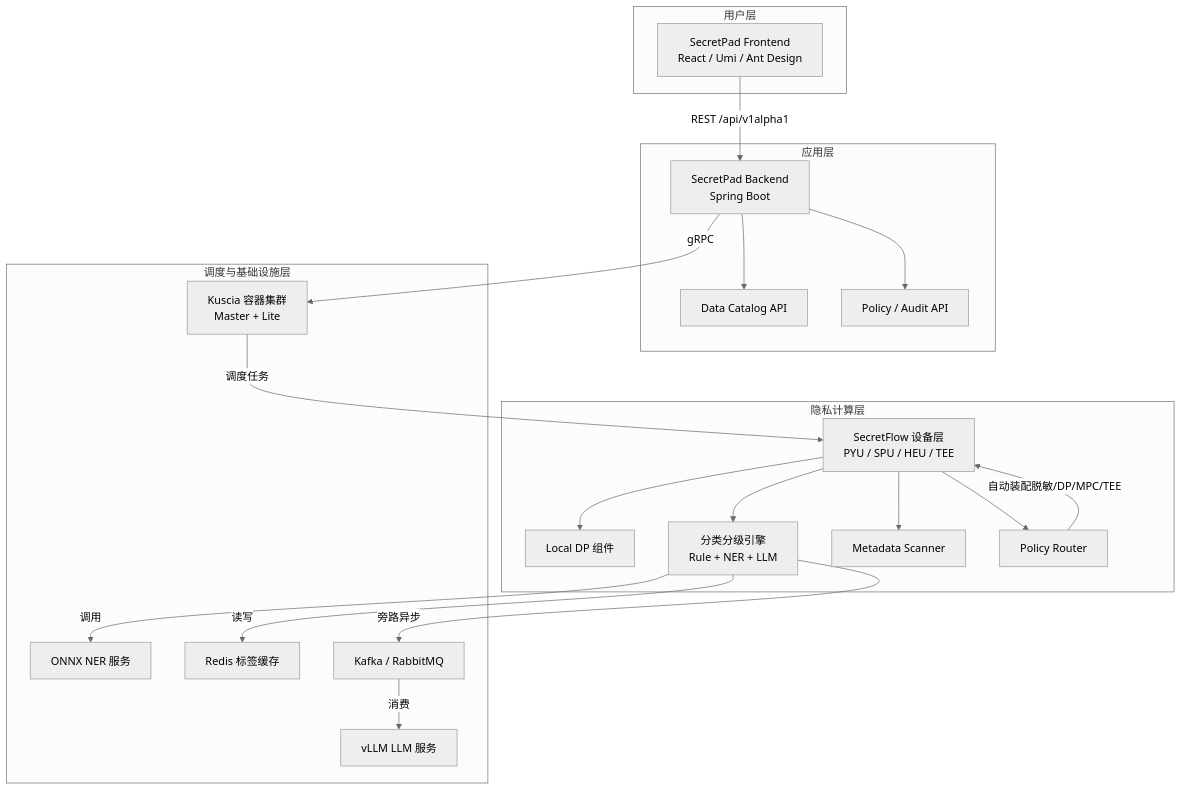
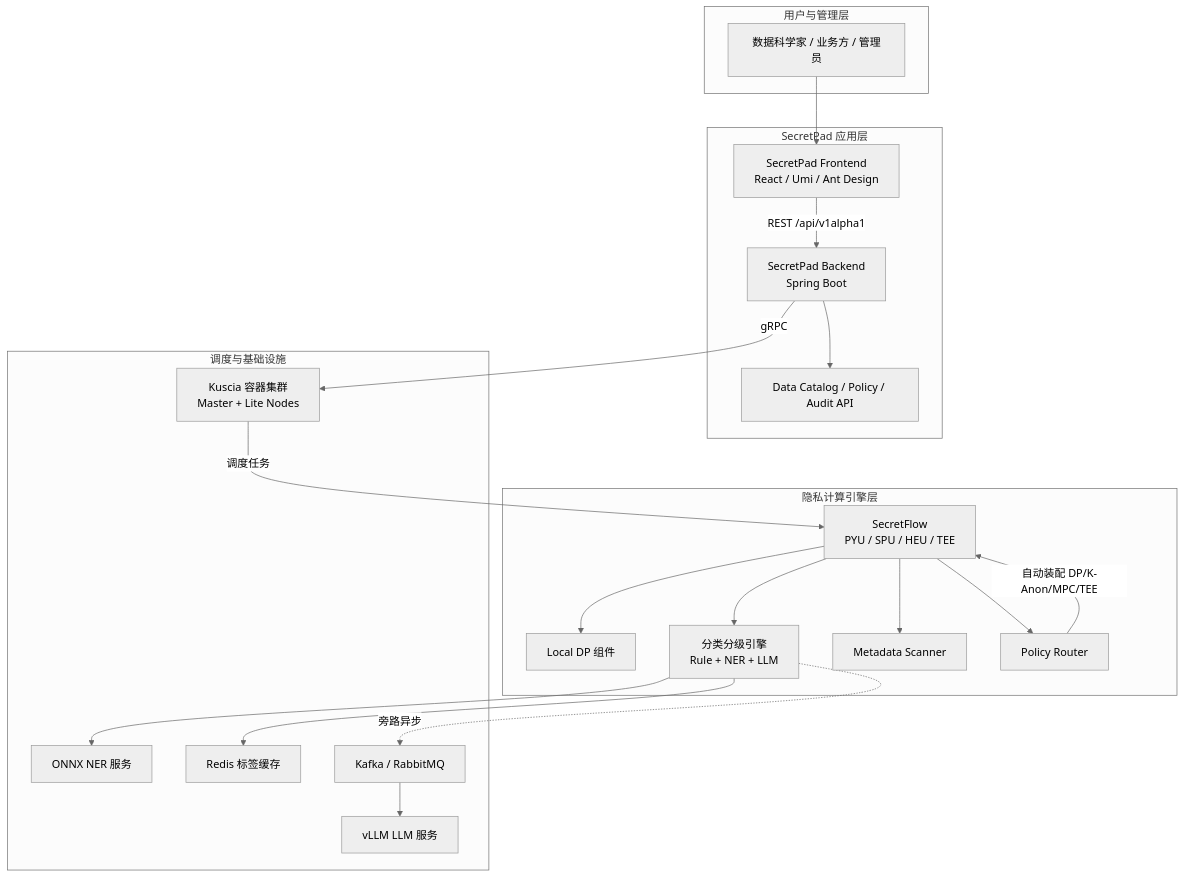
The first of 11 diagrams in docs/二次开发项目计划.md (fengzhizi319/sfwork), drawn with Mermaid (neutral theme) before and after one commit. The commit also changed other lines of this file, not shown here.

Commit message:
docs: 重写二次开发项目计划为顺序推进版，增加 Mermaid 图表

````diff
--- a/docs/二次开发项目计划.md
+++ b/docs/二次开发项目计划.md
@@ -70,43 +28,43 @@
 ```mermaid
 graph TB
-    subgraph 用户层
-        A[SecretPad Frontend<br/>React / Umi / Ant Design]
+    subgraph 用户与管理层
+        U[数据科学家 / 业务方 / 管理员]
     end
 
-    subgraph 应用层
+    subgraph SecretPad 应用层
+        F[SecretPad Frontend<br/>React / Umi / Ant Design]
         B[SecretPad Backend<br/>Spring Boot]
-        C[Data Catalog API]
-        D[Policy / Audit API]
+        C[Data Catalog / Policy / Audit API]
     end
 
-    subgraph 隐私计算层
-        E[SecretFlow 设备层<br/>PYU / SPU / HEU / TEE]
-        F[Local DP 组件]
-        G[分类分级引擎<br/>Rule + NER + LLM]
-        H[Metadata Scanner]
-        I[Policy Router]
+    subgraph 隐私计算引擎层
+        S[SecretFlow<br/>PYU / SPU / HEU / TEE]
+        DP[Local DP 组件]
+        CG[分类分级引擎<br/>Rule + NER + LLM]
+        MS[Metadata Scanner]
+        PR[Policy Router]
     end
 
-    subgraph 调度与基础设施层
-        J[Kuscia 容器集群<br/>Master + Lite]
-        K[ONNX NER 服务]
+    subgraph 调度与基础设施
+        K[Kuscia 容器集群<br/>Master + Lite Nodes]
+        N[ONNX NER 服务]
         L[vLLM LLM 服务]
-        M[Redis 标签缓存]
-        N[Kafka / RabbitMQ]
+        R[Redis 标签缓存]
+        Q[Kafka / RabbitMQ]
     end
 
-    A -->|REST /api/v1alpha1| B
+    U --> F
+    F -->|REST /api/v1alpha1| B
     B --> C
-    B --> D
-    B -->|gRPC| J
-    J -->|调度任务| E
-    E --> F
-    E --> G
-    E --> H
-    E --> I
-    G -->|调用| K
-    G -->|旁路异步| N
-    N -->|消费| L
-    G -->|读写| M
-    I -->|自动装配脱敏/DP/MPC/TEE| E
+    B -->|gRPC| K
+    K -->|调度任务| S
+    S --> DP
+    S --> CG
+    S --> MS
+    S --> PR
+    CG --> N
+    CG -.->|旁路异步| Q
+    Q --> L
+    CG --> R
+    PR -->|自动装配 DP/K-Anon/MPC/TEE| S
 ```
````
